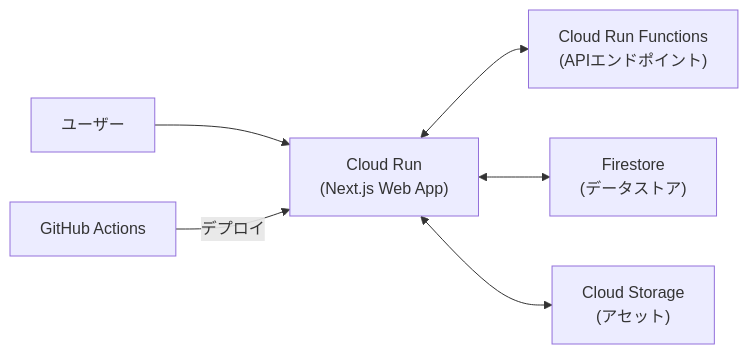
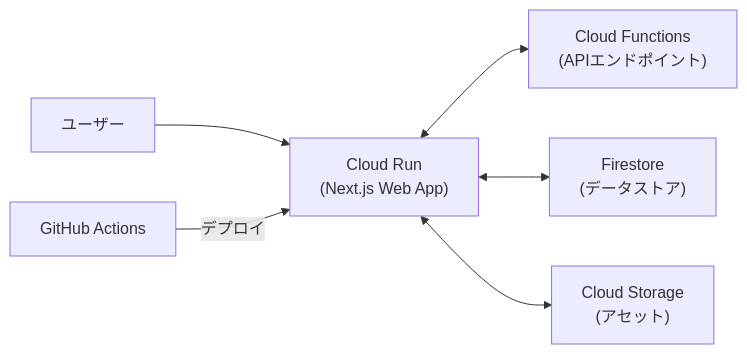
Before and after one commit to nothink-jp/suzumina.click: the diagram in docs/GCP_WEB_APP.md, drawn with Mermaid. The commit also changed other lines of this file and 10 other files, not shown here.

````diff
--- a/docs/GCP_WEB_APP.md
+++ b/docs/GCP_WEB_APP.md
@@ -9,8 +9,8 @@
 ```mermaid
 flowchart LR
     A["ユーザー"] --> B["Cloud Run\n(Next.js Web App)"]
-    B <--> C["Cloud Run Functions\n(APIエンドポイント)"]
+    B <--> C["Cloud Functions\n(APIエンドポイント)"]
     B <--> D["Firestore\n(データストア)"]
     B <--> E["Cloud Storage\n(アセット)"]
     F["GitHub Actions"] --> |デプロイ| B
 ```
````
